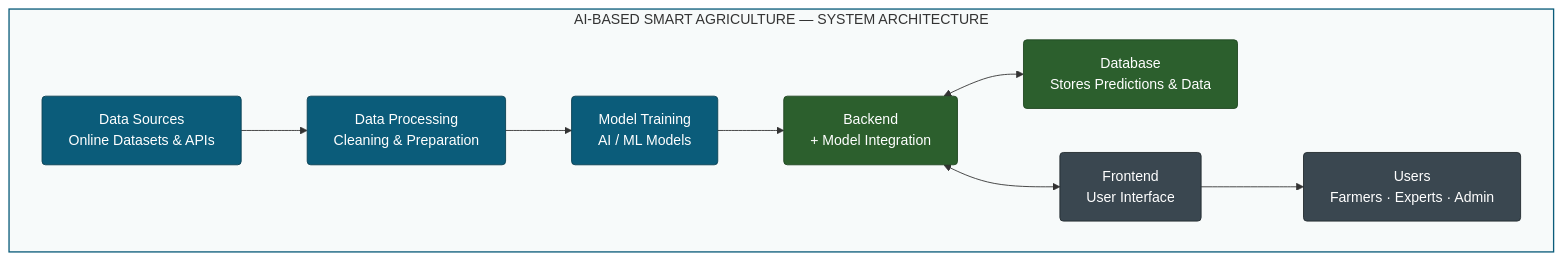
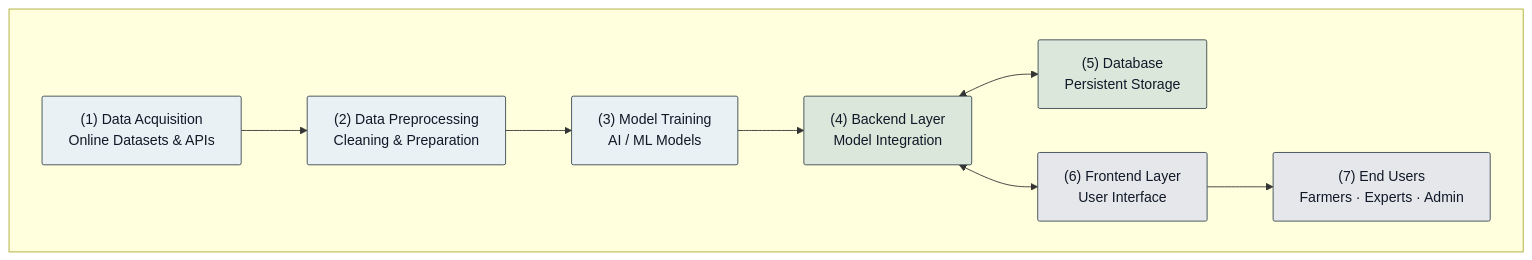
One commit to mohinideshmukh765/FarmGuide changed the diagram in README.md. Above: the diagram before and after it, drawn with Mermaid. The commit also changed other lines of this file, not shown here.

````diff
--- a/README.md
+++ b/README.md
@@ -1,30 +1,27 @@
 ```mermaid
 flowchart LR
-  subgraph ARCH["AI-BASED SMART AGRICULTURE — SYSTEM ARCHITECTURE"]
+  subgraph ARCH[" "]
     direction LR
 
-    A["Data Sources<br/>Online Datasets & APIs"]
-    B["Data Processing<br/>Cleaning & Preparation"]
-    C["Model Training<br/>AI / ML Models"]
-    D["Backend<br/>+ Model Integration"]
-    E["Database<br/>Stores Predictions & Data"]
-    F["Frontend<br/>User Interface"]
-    G["Users<br/>Farmers · Experts · Admin"]
+    A["(1) Data Acquisition<br/>Online Datasets & APIs"]
+    B["(2) Data Preprocessing<br/>Cleaning & Preparation"]
+    C["(3) Model Training<br/>AI / ML Models"]
+    D["(4) Backend Layer<br/>Model Integration"]
+    E["(5) Database<br/>Persistent Storage"]
+    F["(6) Frontend Layer<br/>User Interface"]
+    G["(7) End Users<br/>Farmers · Experts · Admin"]
 
     A --> B --> C --> D
     D <--> E
     D <--> F
     F --> G
   end
 
-  classDef stage fill:#0B5C7A,color:#fff,stroke:#083F51,stroke-width:1px,rx:4,ry:4;
-  classDef core fill:#2C5F2D,color:#fff,stroke:#1F4620,stroke-width:1px,rx:4,ry:4;
-  classDef user fill:#3A4750,color:#fff,stroke:#22292E,stroke-width:1px,rx:4,ry:4;
-  classDef container fill:#F7FAFA,stroke:#0B5C7A,stroke-width:1.5px;
+  classDef stage fill:#EAF1F5,color:#111827,stroke:#37474F,stroke-width:1px,rx:2,ry:2;
+  classDef core fill:#DCE7DC,color:#111827,stroke:#37474F,stroke-width:1px,rx:2,ry:2;
+  classDef user fill:#E5E7EB,color:#111827,stroke:#37474F,stroke-width:1px,rx:2,ry:2;
 
   class A,B,C stage;
   class D,E core;
-  class F user;
-  class G user;
-  class ARCH container;
+  class F,G user;
 ```
````
